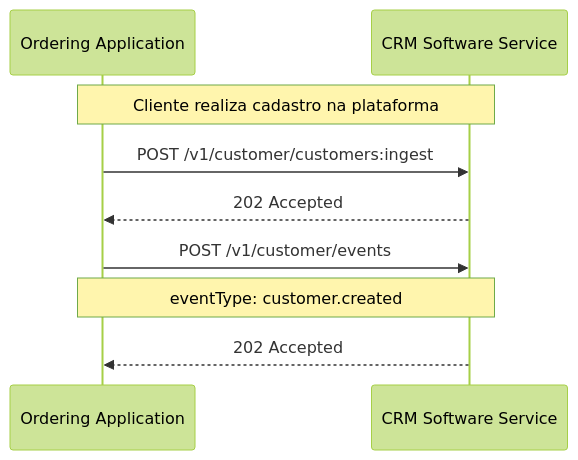
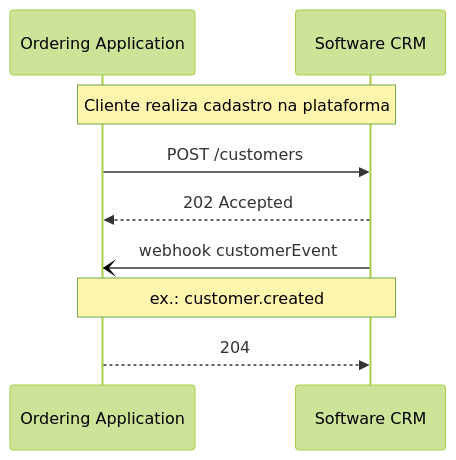
One commit to Abrasel-Nacional/opendelivery-v2 changed the first of 4 diagrams in docs/protocol/customer.md. Above: the diagram before and after it, drawn with Mermaid (forest theme). The commit also changed other lines of this file and 230 other files, not shown here.

````diff
--- a/docs/protocol/customer.md
+++ b/docs/protocol/customer.md
@@ -106,13 +123,12 @@
 ```mermaid
 sequenceDiagram
-    participant OA as Ordering Application
-    participant CRM as CRM Software Service
+ participant OA as Ordering Application
+ participant SS as Software CRM
 
-    Note over OA,CRM: Cliente realiza cadastro na plataforma
-    OA->>CRM: POST /v1/customer/customers:ingest
-    CRM-->>OA: 202 Accepted
-
-    OA->>CRM: POST /v1/customer/events
-    Note over OA,CRM: eventType: customer.created
-    CRM-->>OA: 202 Accepted
+ Note over OA,SS: Cliente realiza cadastro na plataforma
+ OA->>SS: POST /customers
+ SS-->>OA: 202 Accepted
+ SS-)OA: webhook customerEvent
+ Note over OA,SS: ex.: customer.created
+ OA-->>SS: 204
 ```
````
